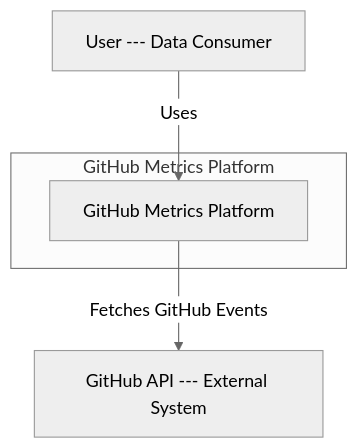
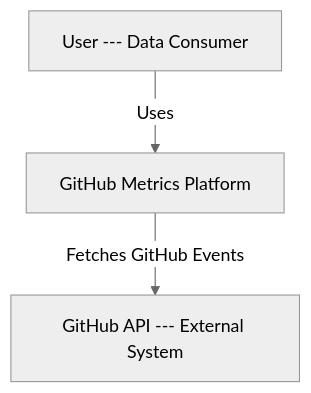
The diagram in c4_level1.mermaid (yalan2ny/github-event-monitor), drawn with Mermaid (neutral theme) before and after one commit.

````diff
--- a/c4_level1.mermaid
+++ b/c4_level1.mermaid
@@ -1,12 +1,9 @@
 ```mermaid
-graph TD
+flowchart TD
     User[User --- Data Consumer]
     GitHubAPI[GitHub API --- External System]
-
-    subgraph GitHub Metrics Platform
-        System[GitHub Metrics Platform]
-    end
+    System[GitHub Metrics Platform]
 
     User -->|Uses| System
     System -->|Fetches GitHub Events| GitHubAPI
 ```
````
